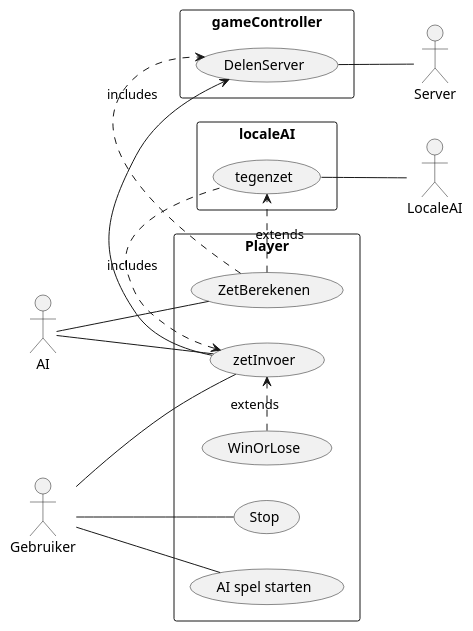
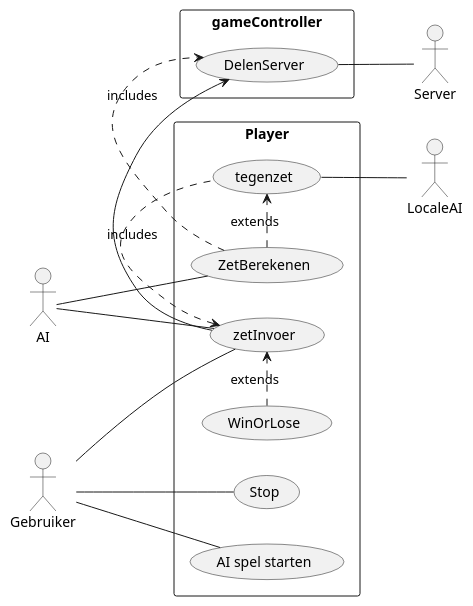
The diagram in diagrams/TicTacToeUseCase.puml (nicolaydammer/projectintelligentesystemen), drawn with PlantUML before and after one commit. The commit also changed 1 other file, not shown here.

```diff
--- a/diagrams/TicTacToeUseCase.puml
+++ b/diagrams/TicTacToeUseCase.puml
@@ -1,34 +1,32 @@
 @startuml
 'https://plantuml.com/use-case-diagram
 
 left to right direction
 skinparam packageStyle rectangle
 actor AI
 actor Gebruiker
 actor LocaleAI
 actor Server
 
 rectangle Player {
 
     Gebruiker -- (AI spel starten)
     Gebruiker -- (Stop)
     Gebruiker -- (zetInvoer)
     (WinOrLose) .> (zetInvoer): extends
     AI -- (zetInvoer)
     AI -- (ZetBerekenen)
-
+    (tegenzet) -- LocaleAI
+    (ZetBerekenen) .> (tegenzet) : extends
+    (zetInvoer) <. (tegenzet) :includes
 
 }
 
-rectangle localeAI {
-    (tegenzet) -- LocaleAI
-    (ZetBerekenen) .> (tegenzet) : extends
-    (zetInvoer) <. (tegenzet) :includes
-}
 rectangle gameController {
     (DelenServer) -- Server
     (ZetBerekenen) .>(DelenServer) :includes
     (zetInvoer) -> (DelenServer)
 }
 
+
 @enduml
```
